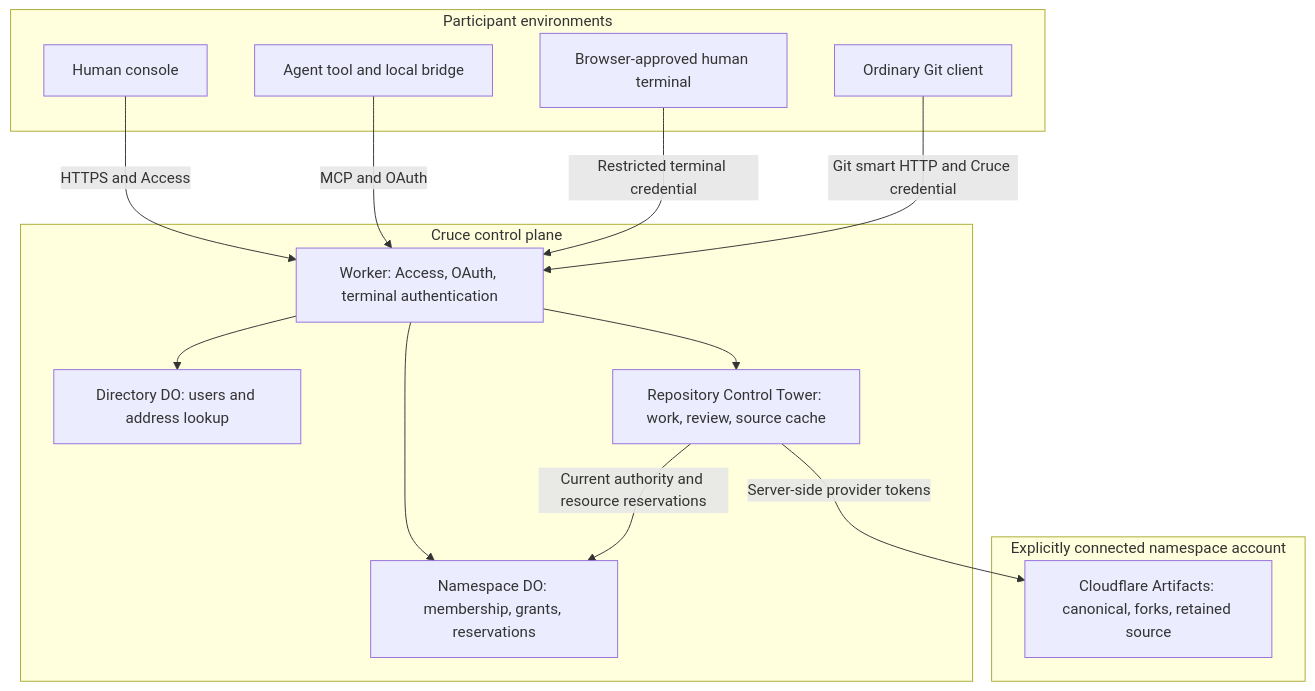
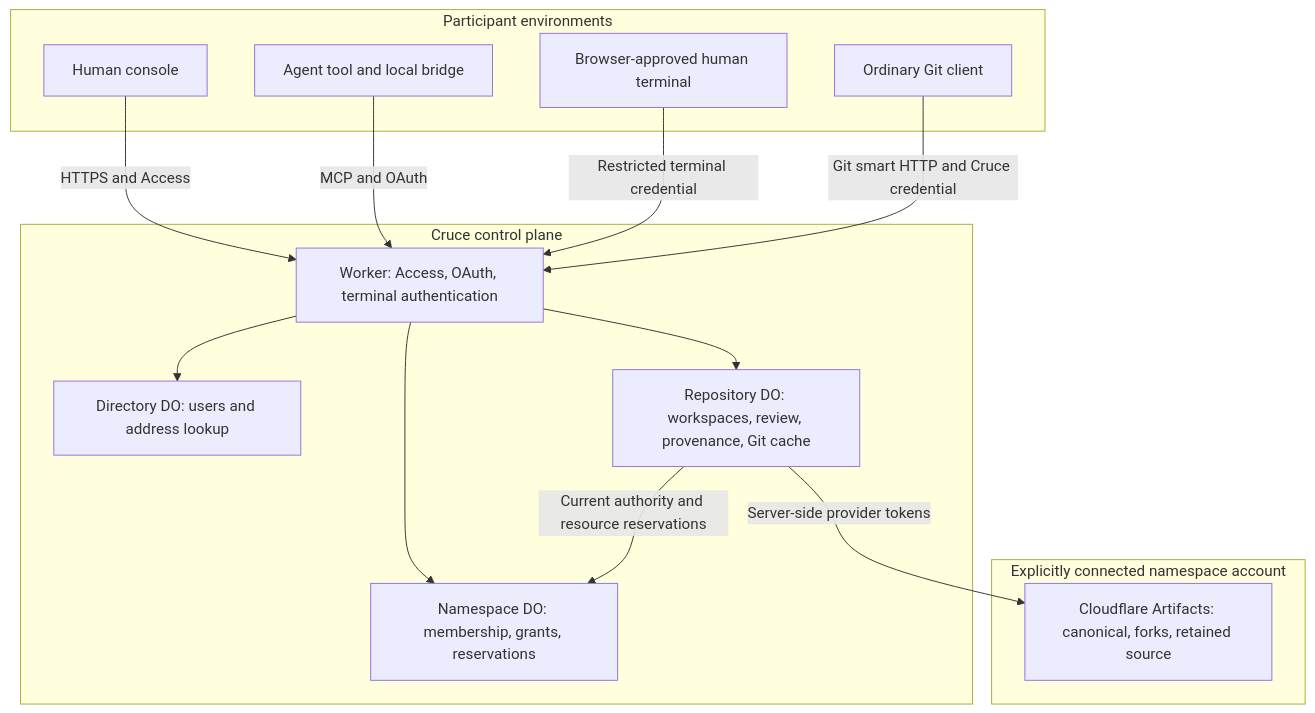
The first of 3 diagrams in docs/architecture.md (acltabontabon/cruce), drawn with Mermaid before and after one commit. The commit also changed other lines of this file and 48 other files, not shown here.

````diff
--- a/docs/architecture.md
+++ b/docs/architecture.md
@@ -61,27 +44,27 @@
 ```mermaid
 flowchart TB
     subgraph Participants[Participant environments]
         H[Human console]
         B[Agent tool and local bridge]
         T[Browser-approved human terminal]
         G[Ordinary Git client]
     end
     subgraph Control[Cruce control plane]
         W[Worker: Access, OAuth, terminal authentication]
         D[Directory DO: users and address lookup]
         N[Namespace DO: membership, grants, reservations]
-        R[Repository Control Tower: work, review, source cache]
+        R[Repository DO: workspaces, review, provenance, Git cache]
     end
     subgraph Account[Explicitly connected namespace account]
         A[Cloudflare Artifacts: canonical, forks, retained source]
     end
     H -->|HTTPS and Access| W
     B -->|MCP and OAuth| W
     T -->|Restricted terminal credential| W
     G -->|Git smart HTTP and Cruce credential| W
     W --> D
     W --> N
     W --> R
     R -->|Current authority and resource reservations| N
     R -->|Server-side provider tokens| A
 ```
````
